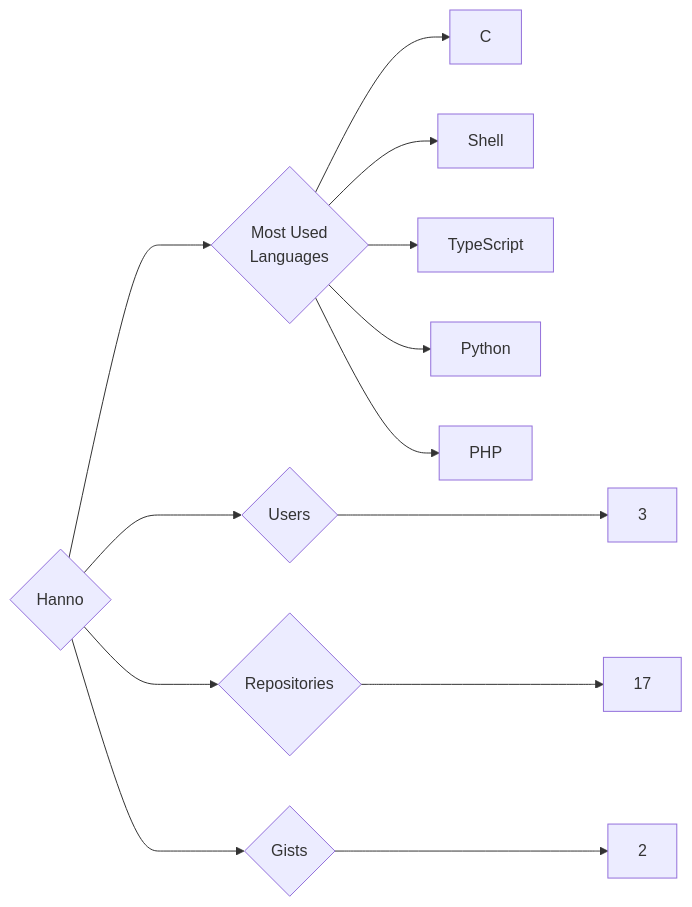
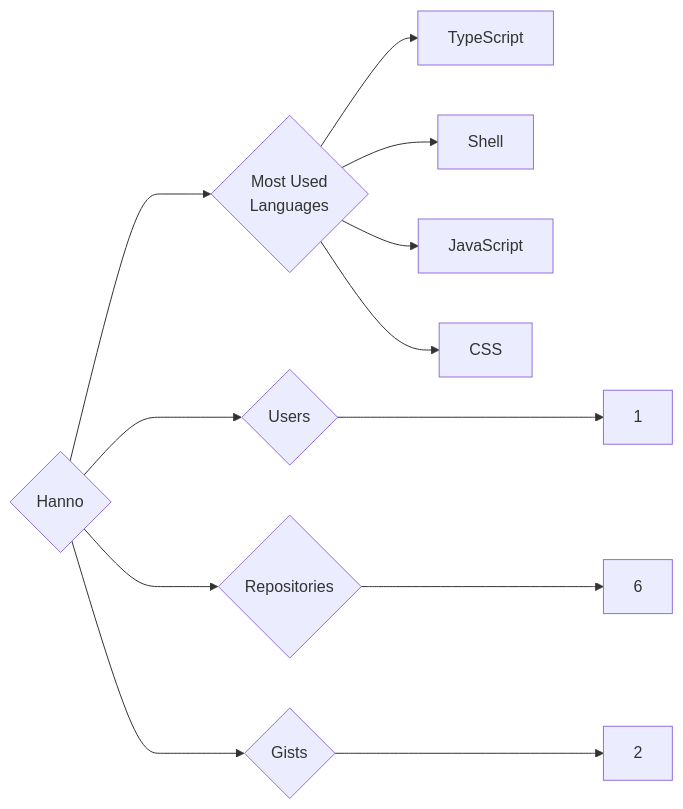
The diagram in targets/Hanno/README.md (trickest/insiders), drawn with Mermaid before and after one commit. The commit also changed 894 other files, not shown here.

````diff
--- a/targets/Hanno/README.md
+++ b/targets/Hanno/README.md
@@ -3,13 +3,12 @@
 ```mermaid
 graph LR
 COMPANY_NAME{Hanno}
-COMPANY_NAME ---> U{Users} ---> UN[3]
-COMPANY_NAME ---> R{Repositories} ---> RN[17]
+COMPANY_NAME ---> U{Users} ---> UN[1]
+COMPANY_NAME ---> R{Repositories} ---> RN[6]
 COMPANY_NAME ---> G{Gists} ---> GN[2]
 COMPANY_NAME ---> ML{Most Used<br>Languages}
-ML --> C[C]
+ML --> TypeScript[TypeScript]
 ML --> Shell[Shell]
-ML --> TypeScript[TypeScript]
-ML --> Python[Python]
-ML --> PHP[PHP]
+ML --> JavaScript[JavaScript]
+ML --> CSS[CSS]
 ```
````
